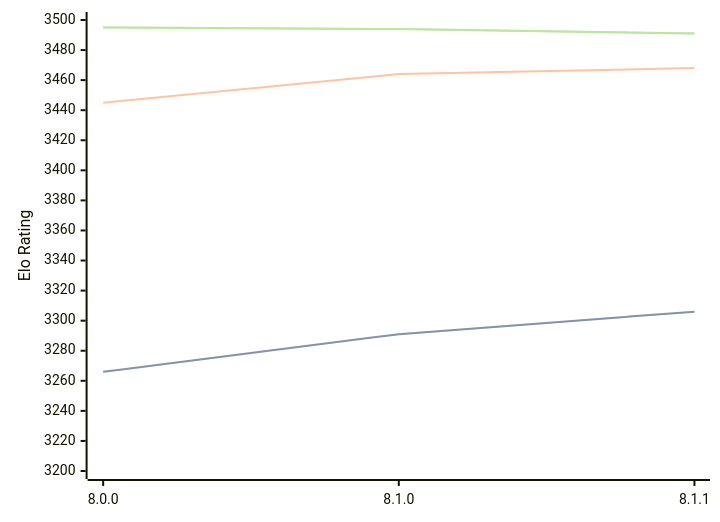
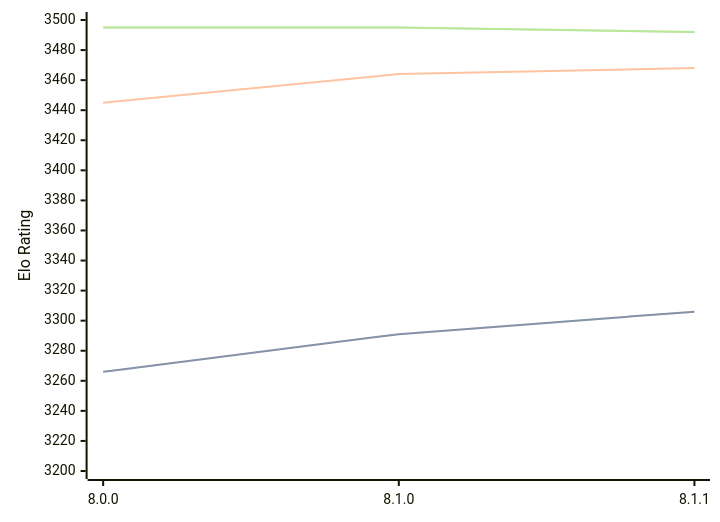
Before and after one commit to computer-chess-index/cci: the diagram in engines/Velvet.md, drawn with Mermaid. The commit also changed other lines of this file, not shown here.

Commit message:
Update CCI Ratings (ELO VLTC) - 2026-04-04

````diff
--- a/engines/Velvet.md
+++ b/engines/Velvet.md
@@ -57,11 +57,11 @@
 ```mermaid
 %%{init: {"theme":"base","themeVariables":{"seriesColors:['#a3a3a3','#222221','#faa371']}}}%%
 xychart-beta
   x-axis ["8.0.0", "8.1.0", "8.1.1"]
   y-axis "Elo Rating" 3200 --> 3500
   line "STC (8.0+0.08s)" [3266, 3291, 3306]
   line "STC (8.0+0.08s)" [3266, 3291, 3306]
   line "LTC (60.0+0.60s)" [3445, 3464, 3468]
-  line "VLTC (2m24s+1.12s)" [3495, 3494, 3491]
-  line "VLTC (2m24s+1.12s)" [3495, 3494, 3491]
+  line "VLTC (2m24s+1.12s)" [3495, 3495, 3492]
+  line "VLTC (2m24s+1.12s)" [3495, 3495, 3492]
 ```
````
